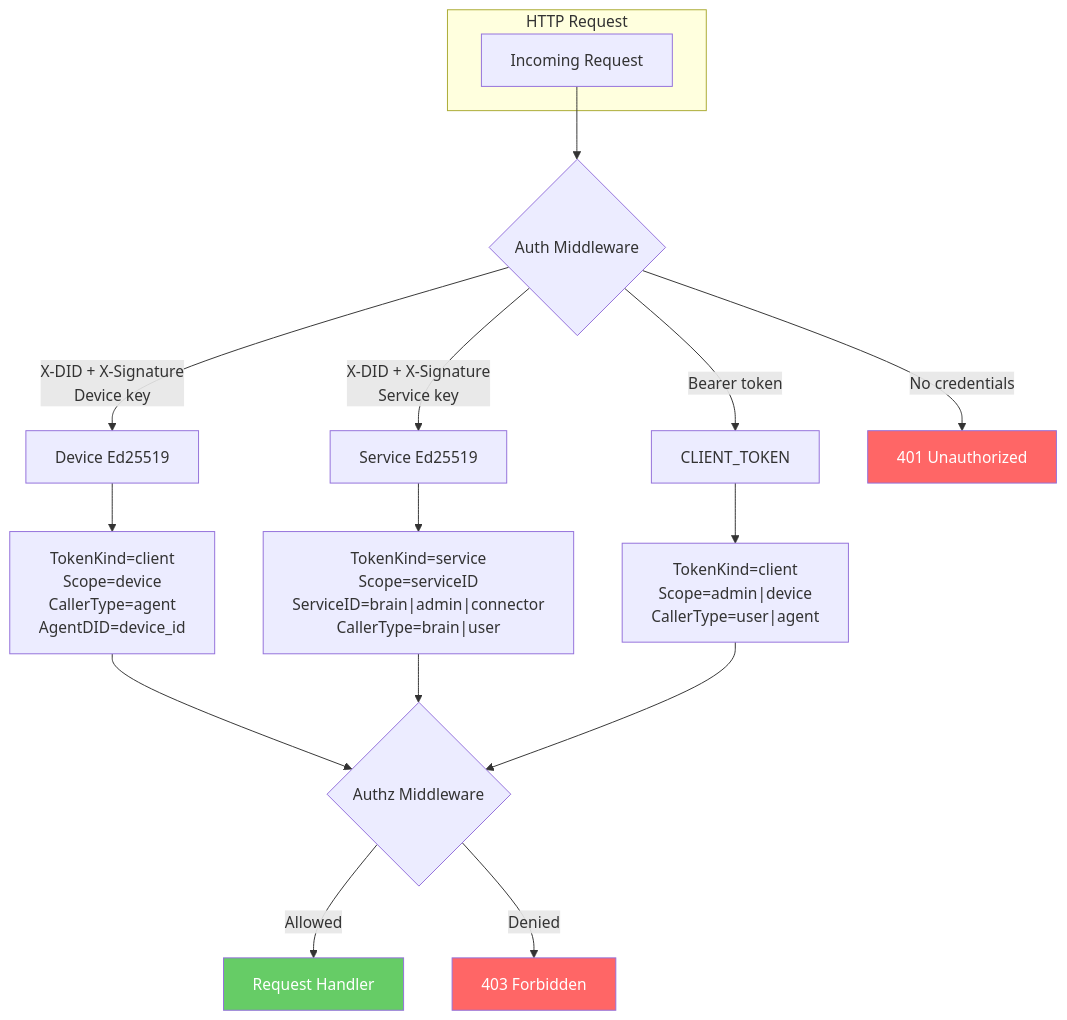
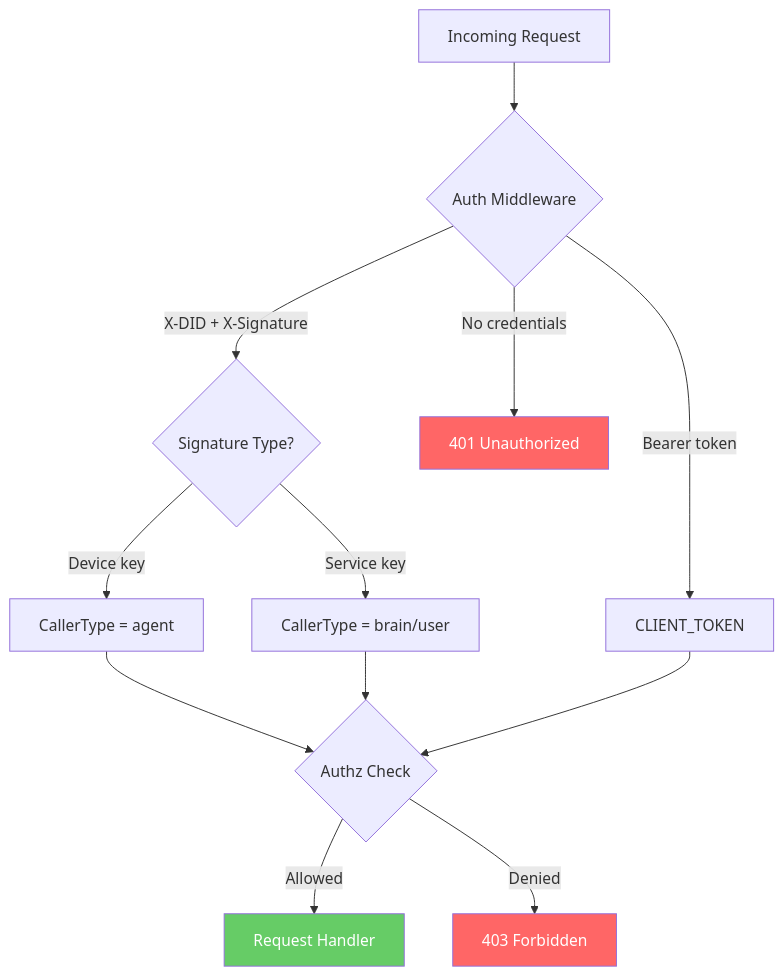
Before and after one commit to rajmohanutopai/dina: the first of 14 diagrams in docs/FLOW_DIAGRAMS.md, drawn with Mermaid. The commit also changed other lines of this file, not shown here.

First line of the commit message:
Rewrite flow diagrams: fix Mermaid errors, add examples, add new flows

````diff
--- a/docs/FLOW_DIAGRAMS.md
+++ b/docs/FLOW_DIAGRAMS.md
@@ -11,28 +13,22 @@
 ```mermaid
 flowchart TB
-    subgraph "HTTP Request"
-        REQ[Incoming Request]
-    end
+    REQ[Incoming Request] --> AUTH{Auth Middleware}
 
-    REQ --> AUTH{Auth Middleware}
+    AUTH -->|X-DID + X-Signature| SIG{Signature Type?}
+    AUTH -->|Bearer token| BEARER[CLIENT_TOKEN]
+    AUTH -->|No credentials| DENY[401 Unauthorized]
 
-    AUTH -->|"X-DID + X-Signature<br/>Device key"| DEV[Device Ed25519]
-    AUTH -->|"X-DID + X-Signature<br/>Service key"| SVC[Service Ed25519]
-    AUTH -->|"Bearer token"| BRR[CLIENT_TOKEN]
-    AUTH -->|"No credentials"| DENY[401 Unauthorized]
+    SIG -->|Device key| DEV[CallerType = agent]
+    SIG -->|Service key| SVC[CallerType = brain/user]
 
-    DEV --> DEV_CTX["TokenKind=client<br/>Scope=device<br/>CallerType=agent<br/>AgentDID=device_id"]
-    SVC --> SVC_CTX["TokenKind=service<br/>Scope=serviceID<br/>ServiceID=brain|admin|connector<br/>CallerType=brain|user"]
-    BRR --> BRR_CTX["TokenKind=client<br/>Scope=admin|device<br/>CallerType=user|agent"]
+    DEV --> AUTHZ{Authz Check}
+    SVC --> AUTHZ
+    BEARER --> AUTHZ
 
-    DEV_CTX --> AUTHZ{Authz Middleware}
-    SVC_CTX --> AUTHZ
-    BRR_CTX --> AUTHZ
-
-    AUTHZ -->|"Allowed"| HANDLER[Request Handler]
-    AUTHZ -->|"Denied"| FORBID[403 Forbidden]
+    AUTHZ -->|Allowed| HANDLER[Request Handler]
+    AUTHZ -->|Denied| FORBID[403 Forbidden]
 
     style DENY fill:#f66,color:#fff
     style FORBID fill:#f66,color:#fff
     style HANDLER fill:#6c6,color:#fff
 ```
````
